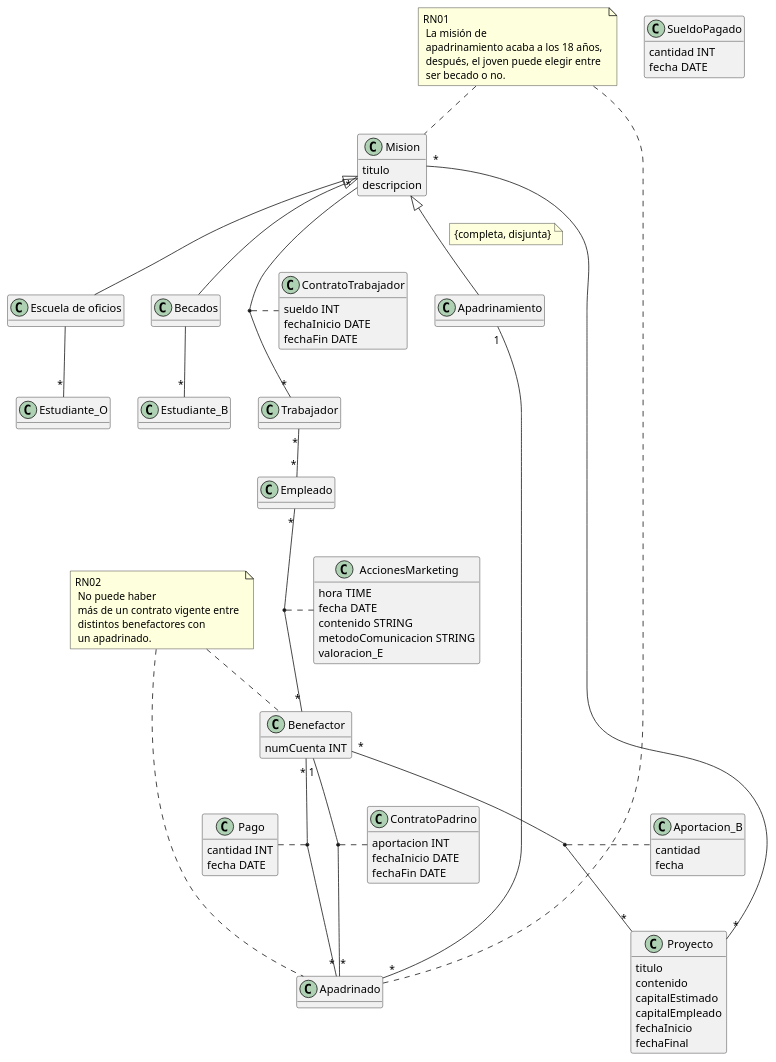
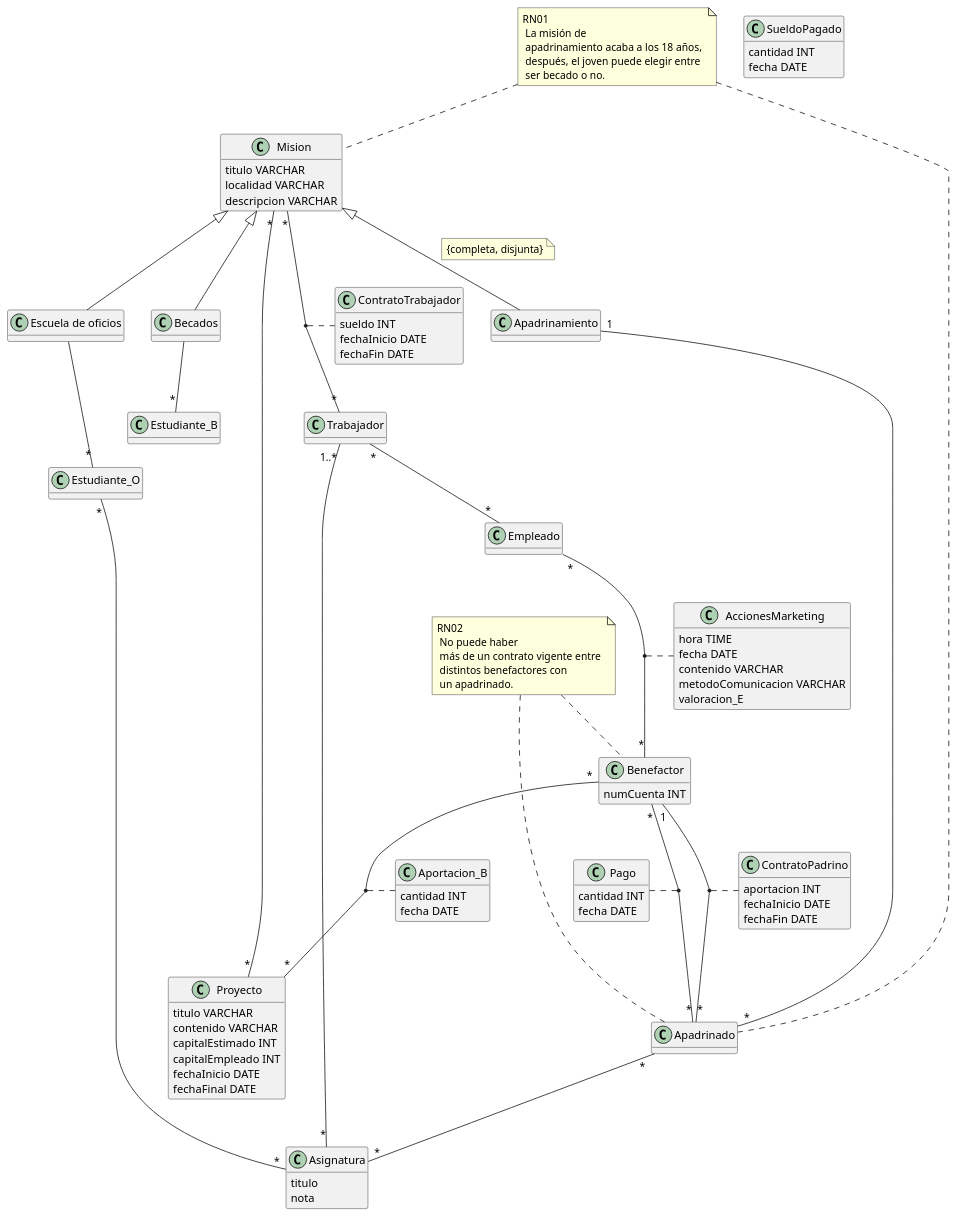
Before and after one commit to albporfer1-64/Grupo_Proyecto_DB: the diagram in modelo.puml, drawn with PlantUML. The commit also changed 1 other file, not shown here.

```diff
--- a/modelo.puml
+++ b/modelo.puml
@@ -1,129 +1,139 @@
 @startuml hola
 hide methods
 skinparam classAttributeIconSize 0
 
 class Proyecto{
-    titulo
-    contenido
-    capitalEstimado
-    capitalEmpleado
-    fechaInicio
-    fechaFinal
+    titulo VARCHAR
+    contenido VARCHAR
+    capitalEstimado INT
+    capitalEmpleado INT
+    fechaInicio DATE
+    fechaFinal DATE
 }
 
 class Mision{
-    titulo
-    descripcion
+    titulo VARCHAR
+    localidad VARCHAR
+    descripcion VARCHAR
 }
 
 class "Escuela de oficios" as EscuelaDeOficios{
     
 }
 
 class Becados{
 }
 
 
 class Apadrinamiento{
 }
 
 'Lo que viene a continuacion es para la estetica del diagrama:
 EscuelaDeOficios -[hidden]right- Becados
 Becados -[hidden]right- Apadrinamiento
 
 Mision "*"--"*" Proyecto
 Mision "*"--"*" Trabajador
 
 'Subclases de Mision:
 Mision <|-- EscuelaDeOficios
 Mision <|-- Becados
 Mision <|-- Apadrinamiento
 
 'Restricción de cobertura:
 note on link : {completa, disjunta}
 
 class Apadrinado{
 }
 
 class Estudiante_O{
 }
 
 class Estudiante_B{
 }
 
 class Aportacion_B{
-    cantidad
-    fecha
+    cantidad INT
+    fecha DATE
 }
 
 class AccionesMarketing {
     hora TIME
     fecha DATE
-    contenido STRING
-    metodoComunicacion STRING
+    contenido VARCHAR
+    metodoComunicacion VARCHAR
     valoracion_E
 }
 
 class Benefactor{ 
     numCuenta INT
 }
 
 class Empleado{
 }
 
 class Trabajador{
 }
 
 class ContratoTrabajador{
     sueldo INT
     fechaInicio DATE
     fechaFin DATE
 }
 
 class Pago{
     cantidad INT
     fecha DATE
 }
 
 class ContratoPadrino{
     aportacion INT
     fechaInicio DATE
     fechaFin DATE
 }
 
 class SueldoPagado{
     cantidad INT
     fecha DATE
 }
 
+class Asignatura{
+    titulo
+    nota
+}
+
+Estudiante_O "*"--"*" Asignatura
+Trabajador "1..*"--"*" Asignatura
+Apadrinado "*"--"*" Asignatura
+
 Apadrinamiento "1"--"*" Apadrinado
 Benefactor "1"--"*" Apadrinado
 Benefactor "*"--"*" Apadrinado
 Benefactor "*"--"*" Proyecto
 
 Trabajador "*"--"*" Empleado
 Empleado "*"--"*"Benefactor
 
 EscuelaDeOficios --"*" Estudiante_O
 Becados --"*" Estudiante_B
 
 (Empleado, Benefactor) .. AccionesMarketing
 (Trabajador, Mision) .. ContratoTrabajador
 (Benefactor, Proyecto) .. Aportacion_B
 (Benefactor, Apadrinado) .. Pago
 (Benefactor, Apadrinado) .. ContratoPadrino
 
 'Regla de negocio 01:
 note "RN01\n La misión de \n apadrinamiento acaba a los 18 años, \n después, el joven puede elegir entre \n ser becado o no." as RN01
 RN01 .. Mision
 RN01 .. Apadrinado
 
 'Regla de negocio 02:
 note "RN02\n No puede haber \n más de un contrato vigente entre \n distintos benefactores con \n un apadrinado." as RN02
 RN02 .. Benefactor
 RN02 .. Apadrinado
 
 'Lo que viene a continuacion es para la estetica del diagrama:
 Apadrinamiento -[hidden]right- EscuelaDeOficios
 EscuelaDeOficios -[hidden]right- Becados
 @enduml
```
